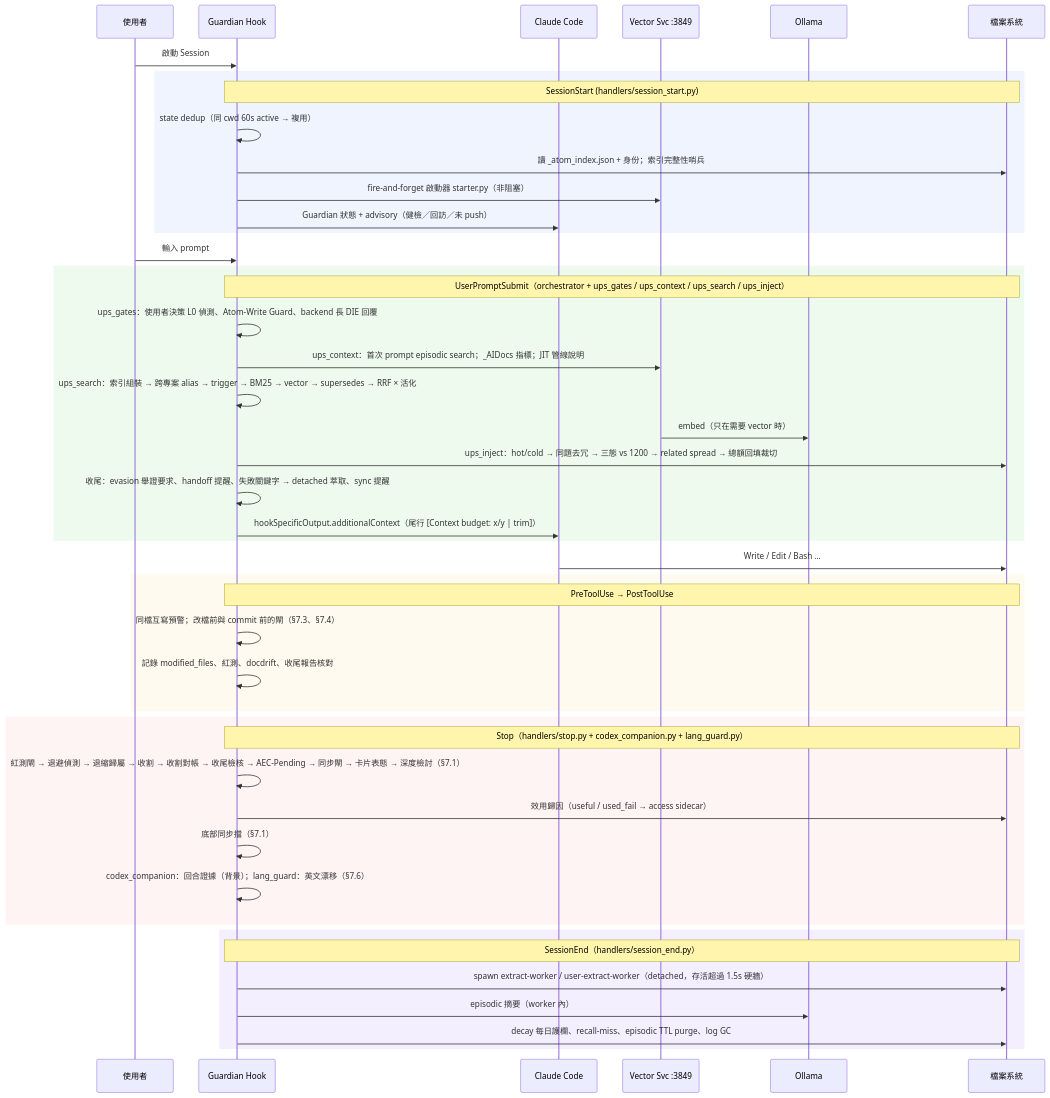
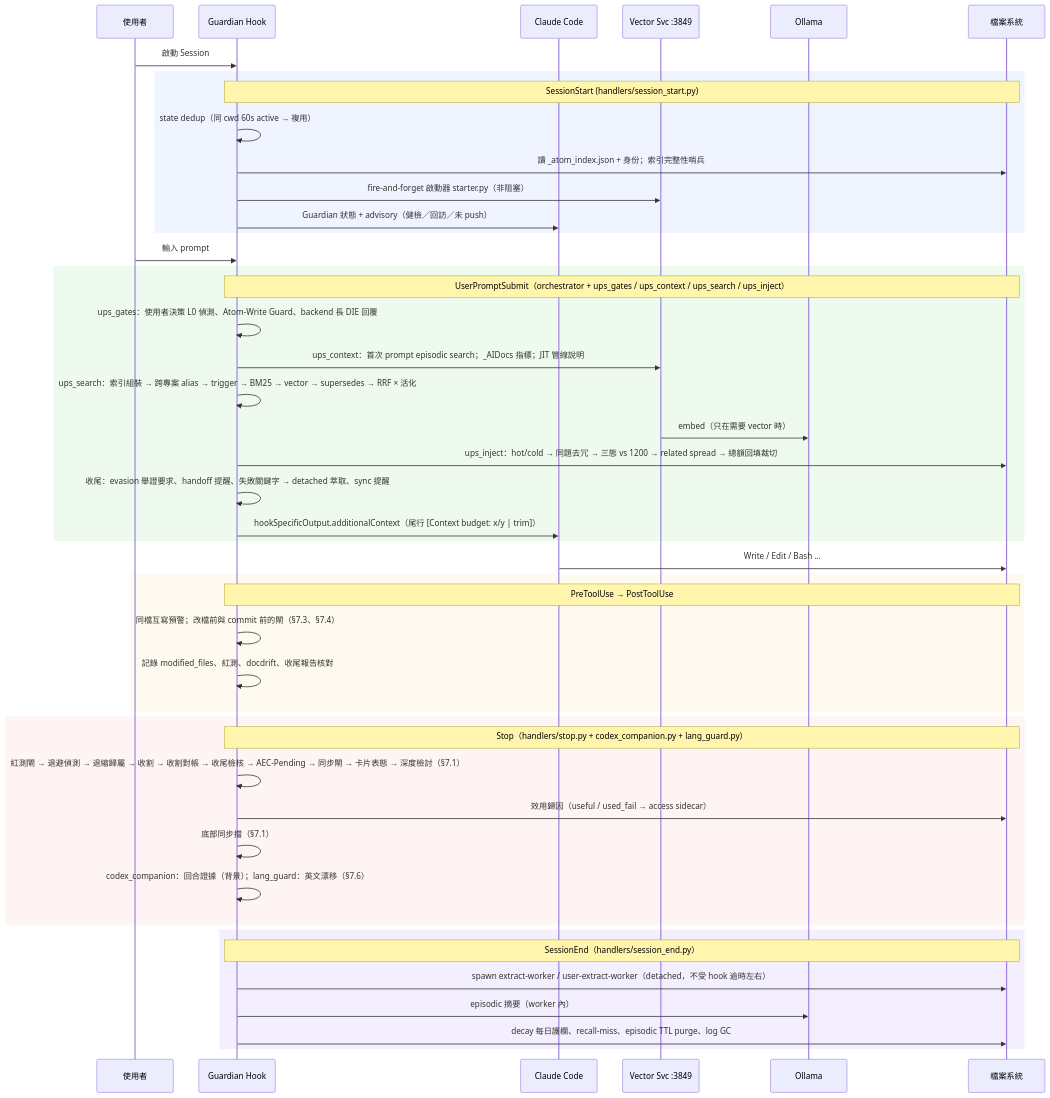
One commit to holylight1979/AtomicMemory-ClaudeCode changed the first of 3 diagrams in TECH.md. Above: the diagram before and after it, drawn with Mermaid. The commit also changed other lines of this file and 128 other files, not shown here.

````diff
--- a/TECH.md
+++ b/TECH.md
@@ -385,52 +392,52 @@
 ```mermaid
 sequenceDiagram
     participant U as 使用者
     participant G as Guardian Hook
     participant C as Claude Code
     participant V as Vector Svc :3849
     participant O as Ollama
     participant F as 檔案系統
 
     U->>G: 啟動 Session
     rect rgba(100,150,255,0.1)
         note over G,F: SessionStart (handlers/session_start.py)
         G->>G: state dedup（同 cwd 60s active → 複用）
         G->>F: 讀 _atom_index.json + 身份；索引完整性哨兵
         G->>V: fire-and-forget 啟動器 starter.py（非阻塞）
         G->>C: Guardian 狀態 + advisory（健檢／回訪／未 push）
     end
 
     U->>G: 輸入 prompt
     rect rgba(100,200,100,0.1)
         note over G,F: UserPromptSubmit（orchestrator + ups_gates / ups_context / ups_search / ups_inject）
         G->>G: ups_gates：使用者決策 L0 偵測、Atom-Write Guard、backend 長 DIE 回覆
         G->>V: ups_context：首次 prompt episodic search；_AIDocs 指標；JIT 管線說明
         G->>G: ups_search：索引組裝 → 跨專案 alias → trigger → BM25 → vector → supersedes → RRF × 活化
         V->>O: embed（只在需要 vector 時）
         G->>F: ups_inject：hot/cold → 同題去冗 → 三態 vs 1200 → related spread → 總額回填裁切
         G->>G: 收尾：evasion 舉證要求、handoff 提醒、失敗關鍵字 → detached 萃取、sync 提醒
         G->>C: hookSpecificOutput.additionalContext（尾行 [Context budget: x/y | trim]）
     end
 
     C->>F: Write / Edit / Bash …
     rect rgba(255,200,100,0.1)
         note over G,F: PreToolUse → PostToolUse
         G->>G: 同檔互寫預警；改檔前與 commit 前的閘（§7.3、§7.4）
         G->>G: 記錄 modified_files、紅測、docdrift、收尾報告核對
     end
 
     rect rgba(255,150,150,0.1)
         note over G,F: Stop（handlers/stop.py + codex_companion.py + lang_guard.py）
         G->>G: 紅測閘 → 退避偵測 → 退縮歸屬 → 收割 → 收割對帳 → 收尾檢核 → AEC-Pending → 同步閘 → 卡片表態 → 深度檢討（§7.1）
         G->>F: 效用歸因（useful / used_fail → access sidecar）
         G->>G: 底部同步擋（§7.1）
         G->>G: codex_companion：回合證據（背景）；lang_guard：英文漂移（§7.6）
     end
 
     rect rgba(150,100,255,0.1)
         note over G,F: SessionEnd（handlers/session_end.py）
-        G->>F: spawn extract-worker / user-extract-worker（detached，存活超過 1.5s 硬牆）
+        G->>F: spawn extract-worker / user-extract-worker（detached，不受 hook 逾時左右）
         G->>O: episodic 摘要（worker 內）
         G->>F: decay 每日護欄、recall-miss、episodic TTL purge、log GC
     end
 ```
````
